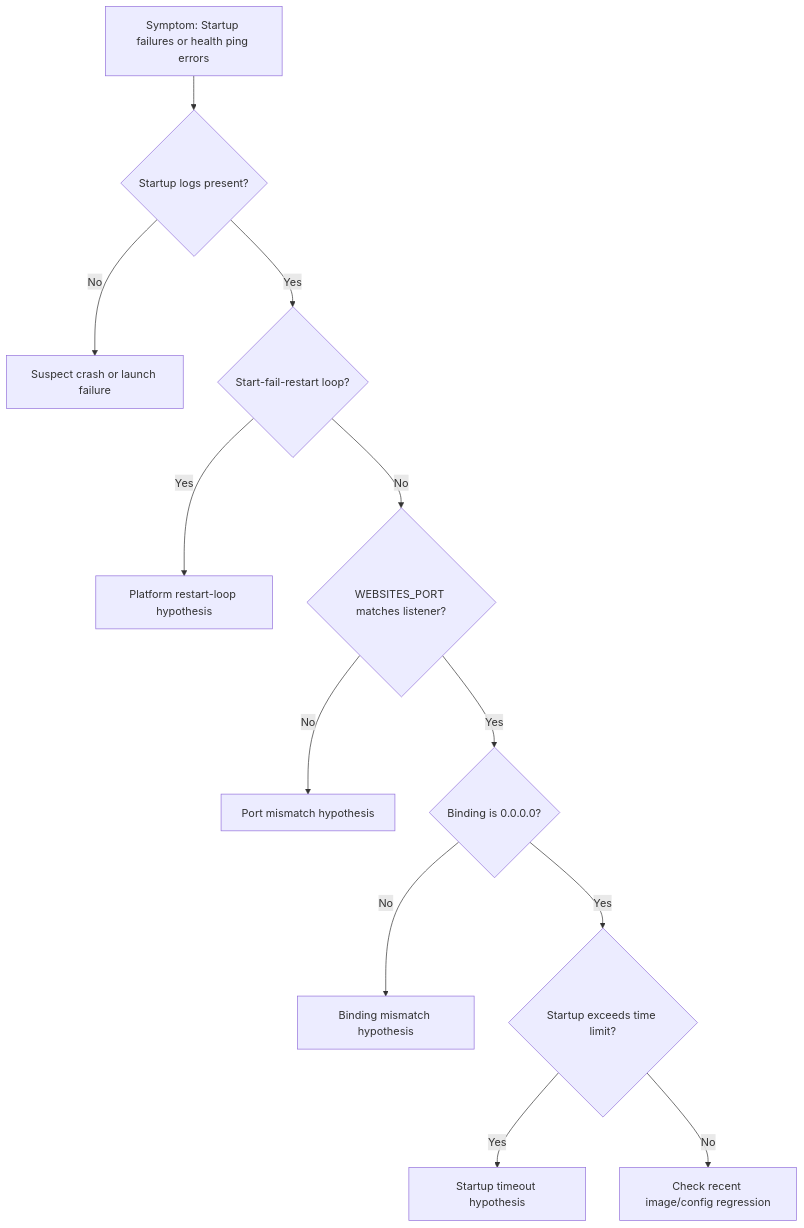
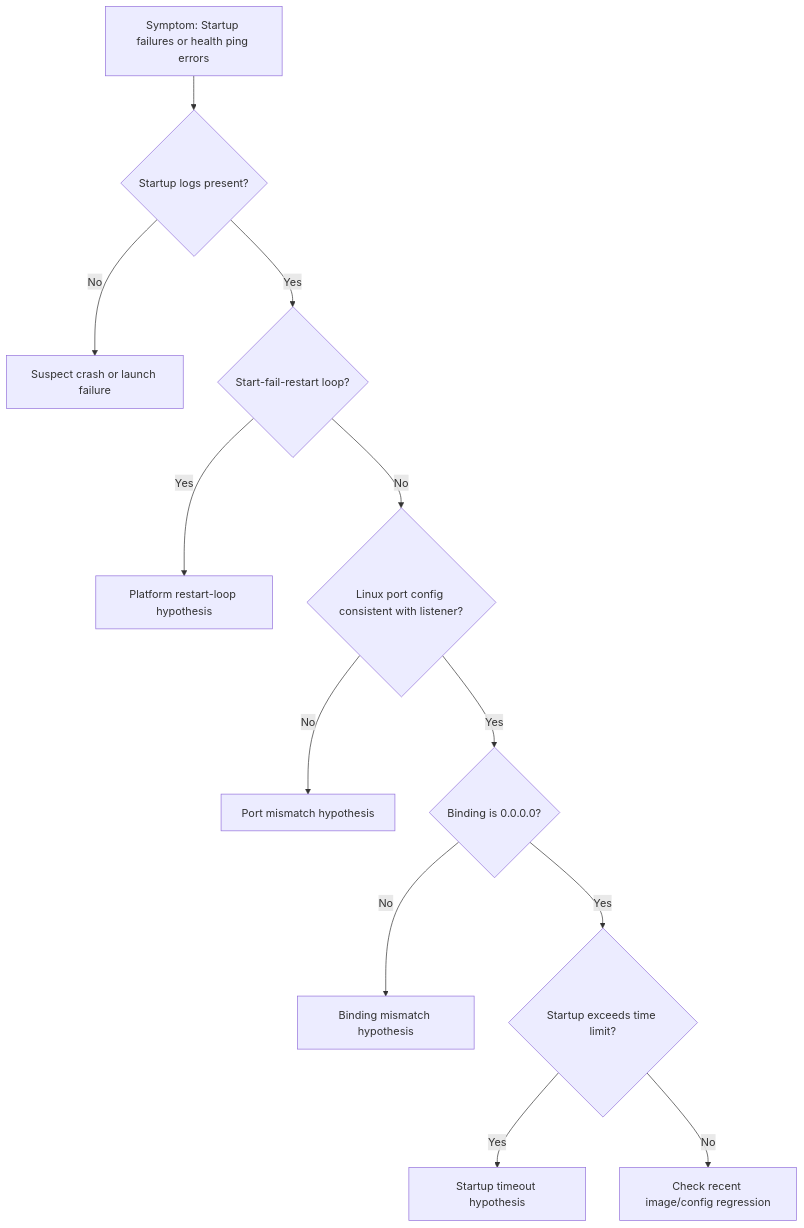
One commit to yeongseon/azure-app-service-practical-guide changed the diagram in docs/troubleshooting/first-10-minutes/startup-availability.md. Above: the diagram before and after it, drawn with Mermaid. The commit also changed other lines of this file and 249 other files, not shown here.

````diff
--- a/docs/troubleshooting/first-10-minutes/startup-availability.md
+++ b/docs/troubleshooting/first-10-minutes/startup-availability.md
@@ -29,14 +29,14 @@
 ```mermaid
 graph TD
     A[Symptom: Startup failures or health ping errors] --> B{Startup logs present?}
     B -- No --> C[Suspect crash or launch failure]
     B -- Yes --> D{Start-fail-restart loop?}
     D -- Yes --> E[Platform restart-loop hypothesis]
-    D -- No --> F{WEBSITES_PORT matches listener?}
+    D -- No --> F{Linux port config consistent with listener?}
     F -- No --> G[Port mismatch hypothesis]
     F -- Yes --> H{Binding is 0.0.0.0?}
     H -- No --> I[Binding mismatch hypothesis]
     H -- Yes --> J{Startup exceeds time limit?}
     J -- Yes --> K[Startup timeout hypothesis]
     J -- No --> L[Check recent image/config regression]
 ```
````
